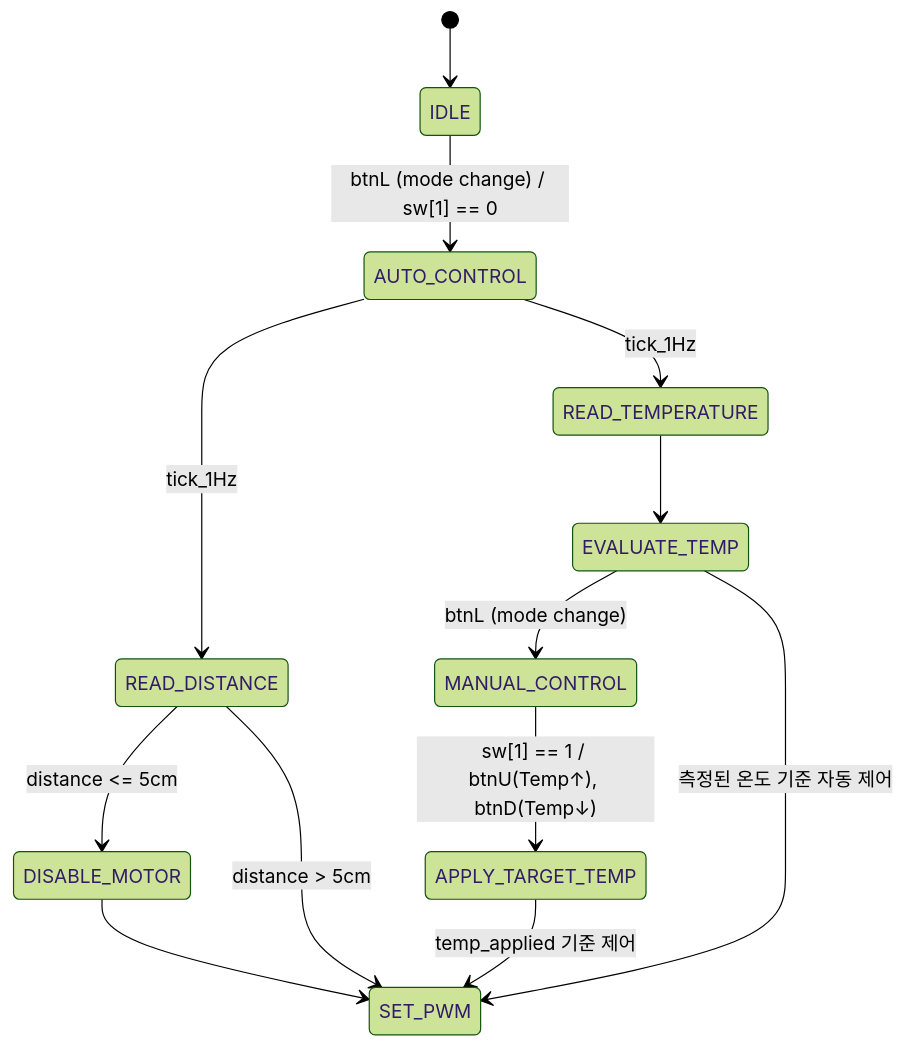
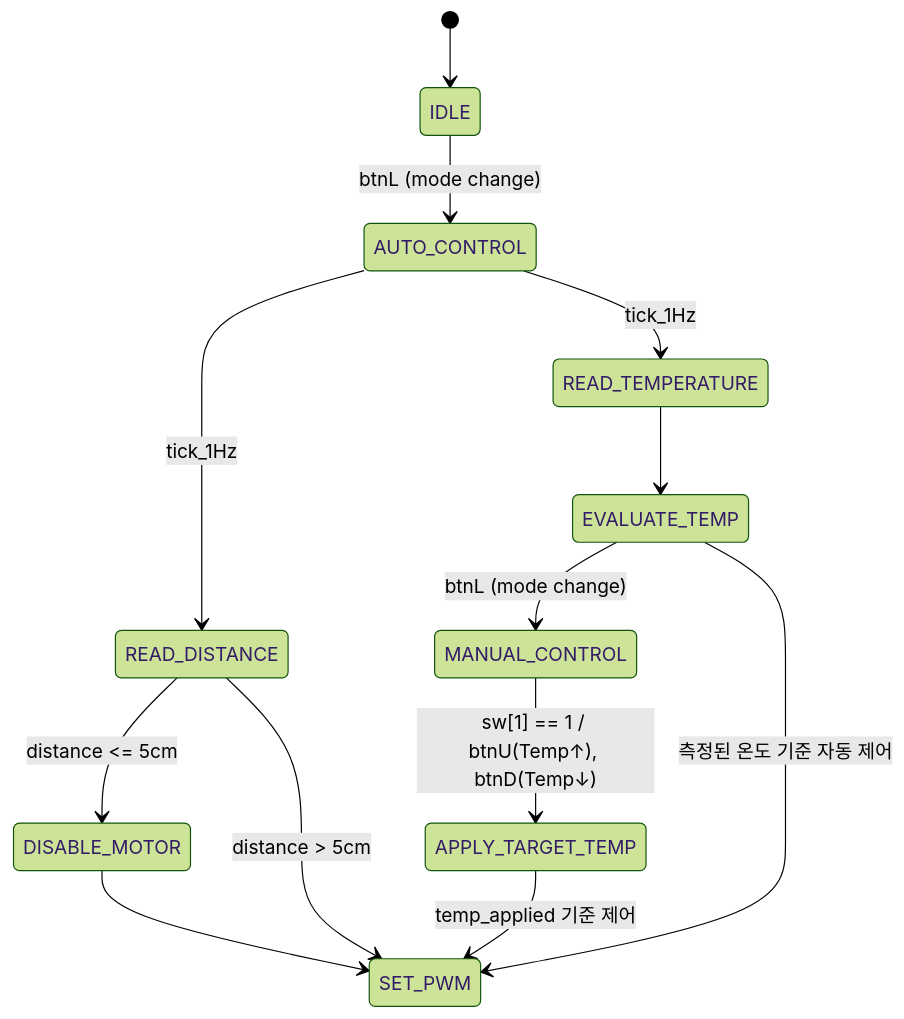
The third of 5 diagrams in 15.BESPOKE/README.md (SE0NGH0/AI_Verilog_HDL), drawn with Mermaid (forest theme) before and after one commit.

````diff
--- a/15.BESPOKE/README.md
+++ b/15.BESPOKE/README.md
@@ -94,15 +94,15 @@
 ```mermaid
 stateDiagram-v2
     [*] --> IDLE
-    IDLE --> AUTO_CONTROL: btnL (mode change) / sw[1] == 0
+    IDLE --> AUTO_CONTROL: btnL (mode change)
     AUTO_CONTROL --> READ_DISTANCE: tick_1Hz
     AUTO_CONTROL --> READ_TEMPERATURE: tick_1Hz
     READ_DISTANCE --> DISABLE_MOTOR: distance <= 5cm
     READ_DISTANCE --> SET_PWM: distance > 5cm
     READ_TEMPERATURE --> EVALUATE_TEMP
     EVALUATE_TEMP --> MANUAL_CONTROL: btnL (mode change)
     MANUAL_CONTROL --> APPLY_TARGET_TEMP: sw[1] == 1 / btnU(Temp↑), btnD(Temp↓)
     APPLY_TARGET_TEMP --> SET_PWM: temp_applied 기준 제어
     EVALUATE_TEMP --> SET_PWM: 측정된 온도 기준 자동 제어
     DISABLE_MOTOR --> SET_PWM
 ```
````
